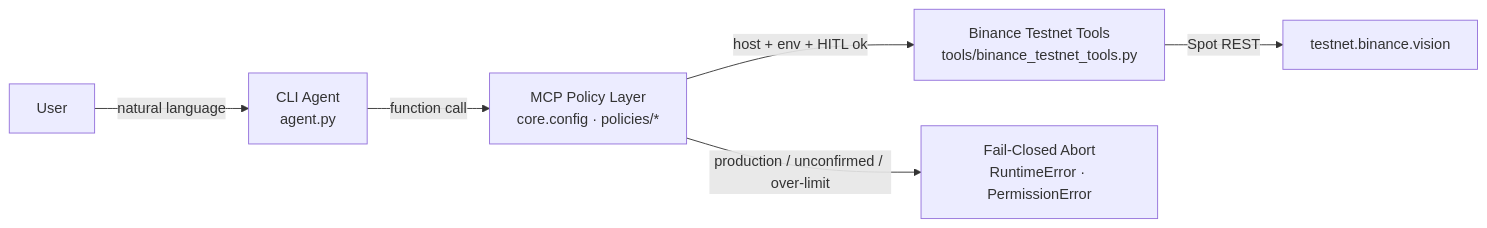
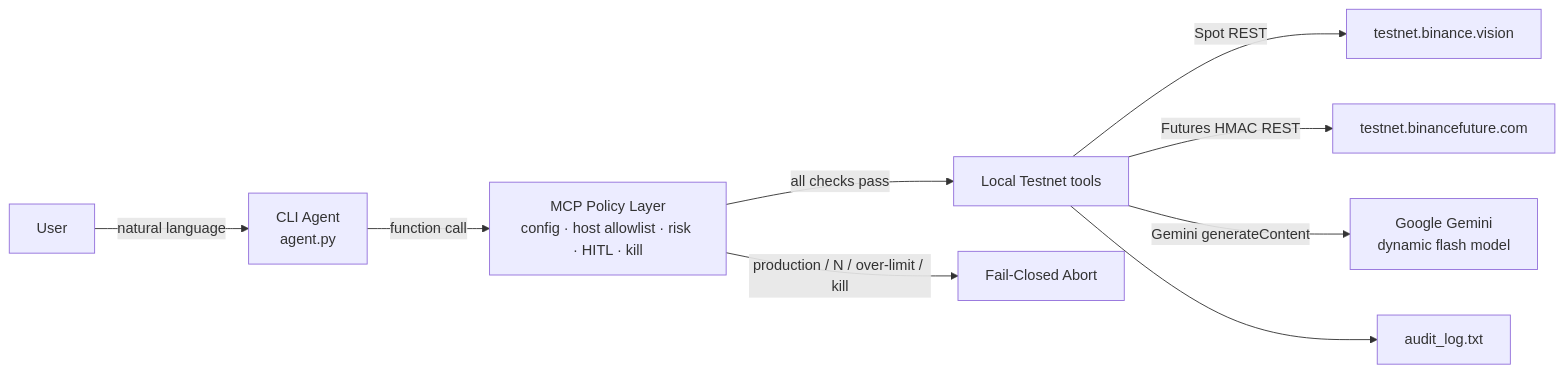
The diagram in README.md (jubayir-hub-69/sentinel_os), drawn with Mermaid before and after one commit. The commit also changed other lines of this file and 17 other files, not shown here.

Commit message:
Update SentinelOS with Gemini AI, Futures trading, and security guardrails

````diff
--- a/README.md
+++ b/README.md
@@ -80,8 +142,11 @@
 ```mermaid
 flowchart LR
     U[User] -->|natural language| A[CLI Agent<br/>agent.py]
-    A -->|function call| P[MCP Policy Layer<br/>core.config · policies/*]
-    P -->|host + env + HITL ok| T[Binance Testnet Tools<br/>tools/binance_testnet_tools.py]
-    P -->|production / unconfirmed / over-limit| X[Fail-Closed Abort<br/>RuntimeError · PermissionError]
-    T -->|Spot REST| N[testnet.binance.vision]
+    A -->|function call| P[MCP Policy Layer<br/>config · host allowlist · risk · HITL · kill]
+    P -->|all checks pass| T[Local Testnet tools]
+    P -->|production / N / over-limit / kill| X[Fail-Closed Abort]
+    T -->|Spot REST| S[testnet.binance.vision]
+    T -->|Futures HMAC REST| F[testnet.binancefuture.com]
+    T -->|Gemini generateContent| G[Google Gemini<br/>dynamic flash model]
+    T --> AU[audit_log.txt]
 ```
````
